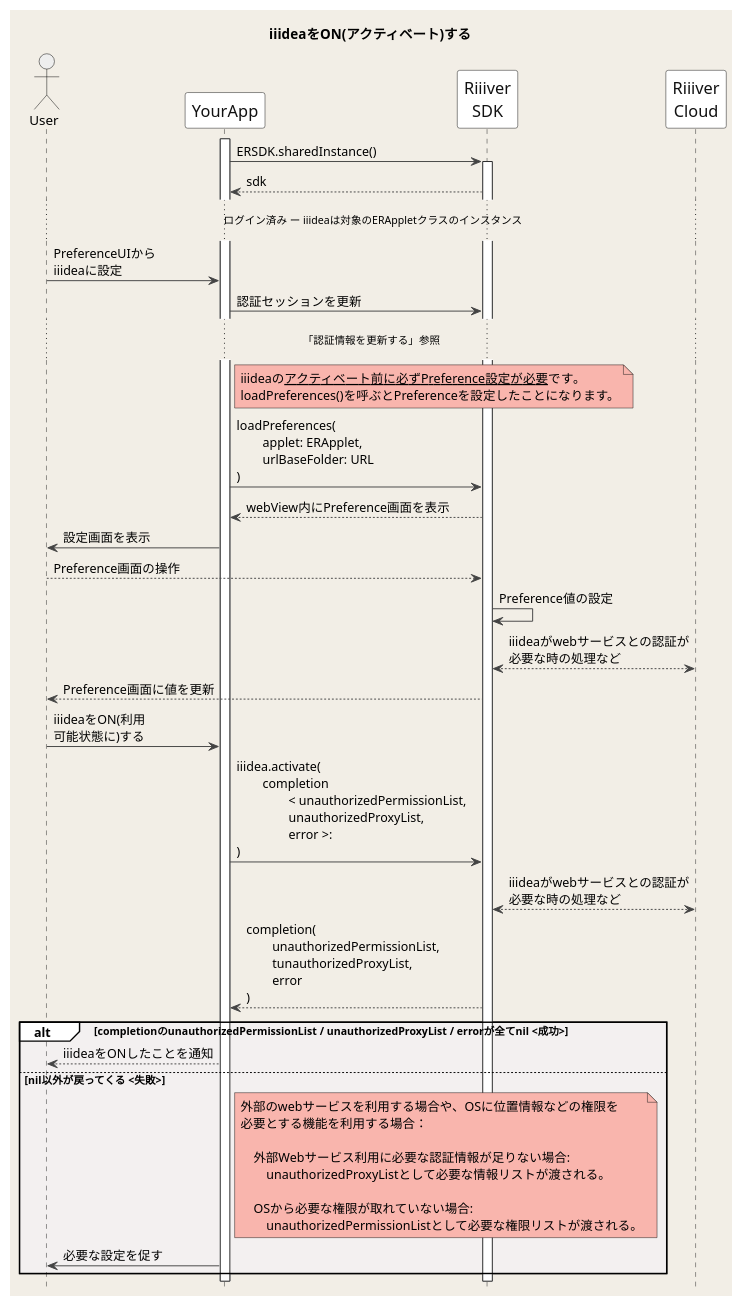
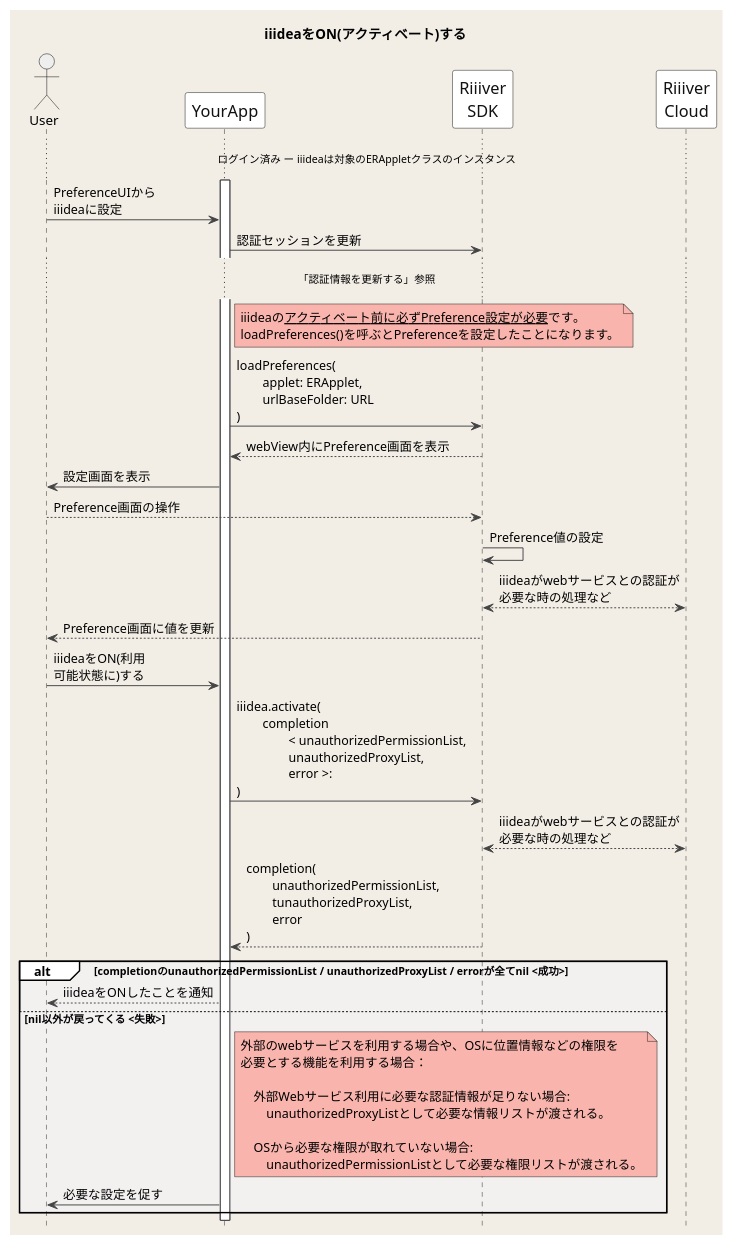
One commit to CitizenWatch/RiiiverResources changed the diagram in images/ja/Sequences/activateIiidea.pu. Above: the diagram before and after it, drawn with PlantUML. The commit also changed 2 other files, not shown here.

Commit message:
iOS版シーケンス図の誤りを修正

```diff
--- a/images/ja/Sequences/activateIiidea.pu
+++ b/images/ja/Sequences/activateIiidea.pu
@@ -1,77 +1,73 @@
 @startuml
 title iiideaをON(アクティベート)する
 hide footbox
 
 skinparam DefaultFontName "Noto Sans JP, Helvetica, Arial, Liberation Sans"
 skinparam BackgroundColor #F2EEE6
 skinparam Shadowing false
 skinparam NoteBackgroundColor #F9B5AD
 skinparam NodeBorderColor #F26767
 
 skinparam sequence {
 ArrowColor #444444
 ActorBorderColor Black
 LifeLineBorderColor #222222
 LifeLineBackgroundColor White
 BoxBorderColor #FFFFFF
 BoxBackgroundColor #F2fEf6
 GroupBackgroundColor #FFFFFF
 GroupBodyBackgroundColor #F3F0F0
 
 ParticipantBorderColor #111111
 ParticipantBackgroundColor White
 ParticipantFontSize 17
 ParticipantFontColor #111111
 BoundaryBorderColor Gray
 ActorBackgroundColor #eeeeee
 ActorFontColor Black
 
 }
 
 actor User
 participant YourApp as App
 participant "Riiiver\nSDK" as ERSDK
 participant "Riiiver\nCloud" as Riiiver
 
 activate App
 
-App -> ERSDK: ERSDK.sharedInstance()
-activate ERSDK
-App <-- ERSDK: sdk
-
-... ログイン済み ー iiideaは対象のERAppletクラスのインスタンス...
+... ログイン済み ー iiideaは対象のERAppletクラスのインスタンス ...
 
 User -> App: PreferenceUIから\niiideaに設定
 
 App -> ERSDK: 認証セッションを更新
 ... 「認証情報を更新する」参照 ...
 note right of App: iiideaの__アクティベート前に必ずPreference設定が必要__です。\nloadPreferences()を呼ぶとPreferenceを設定したことになります。
 App -> ERSDK: loadPreferences(\n\tapplet: ERApplet,\n\turlBaseFolder: URL\n)
 App <-- ERSDK: webView内にPreference画面を表示
 User <- App: 設定画面を表示
 User --> ERSDK: Preference画面の操作
 ERSDK -> ERSDK: Preference値の設定
 ERSDK <--> Riiiver: iiideaがwebサービスとの認証が\n必要な時の処理など
 User <-- ERSDK: Preference画面に値を更新
 
 User -> App: iiideaをON(利用\n可能状態に)する
 App -> ERSDK: iiidea.activate(\n\tcompletion\n\t\t< unauthorizedPermissionList,\n\t\tunauthorizedProxyList,\n\t\terror >:\n)
 ERSDK <--> Riiiver: iiideaがwebサービスとの認証が\n必要な時の処理など
 App <-- ERSDK: completion(\n\tunauthorizedPermissionList,\n\ttunauthorizedProxyList,\n\terror\n)
 alt completionのunauthorizedPermissionList / unauthorizedProxyList / errorが全てnil <成功>
     User <-- App: iiideaをONしたことを通知
 else nil以外が戻ってくる <失敗>
     note right of App
         外部のwebサービスを利用する場合や、OSに位置情報などの権限を
         必要とする機能を利用する場合：
 
             外部Webサービス利用に必要な認証情報が足りない場合:
                 unauthorizedProxyListとして必要な情報リストが渡される。
 
             OSから必要な権限が取れていない場合:
                 unauthorizedPermissionListとして必要な権限リストが渡される。
     end note
     App -> User: 必要な設定を促す
 end
 
 @enduml
```
